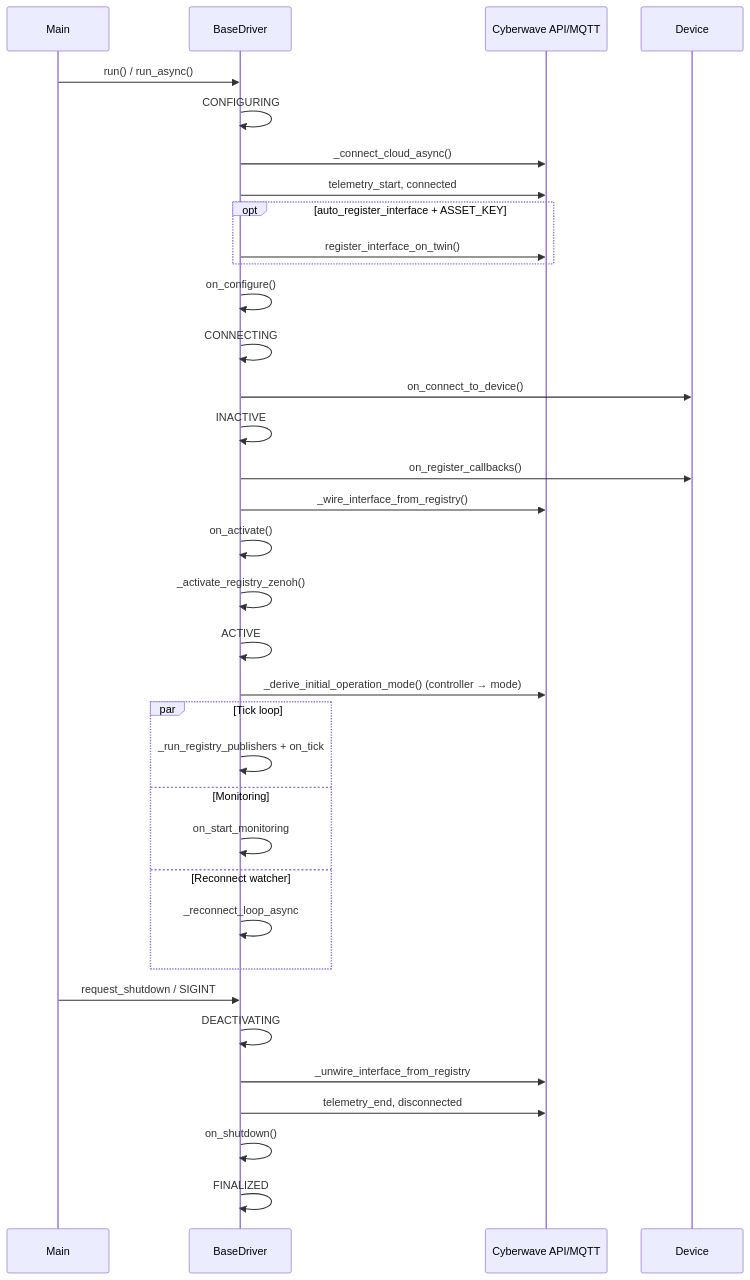
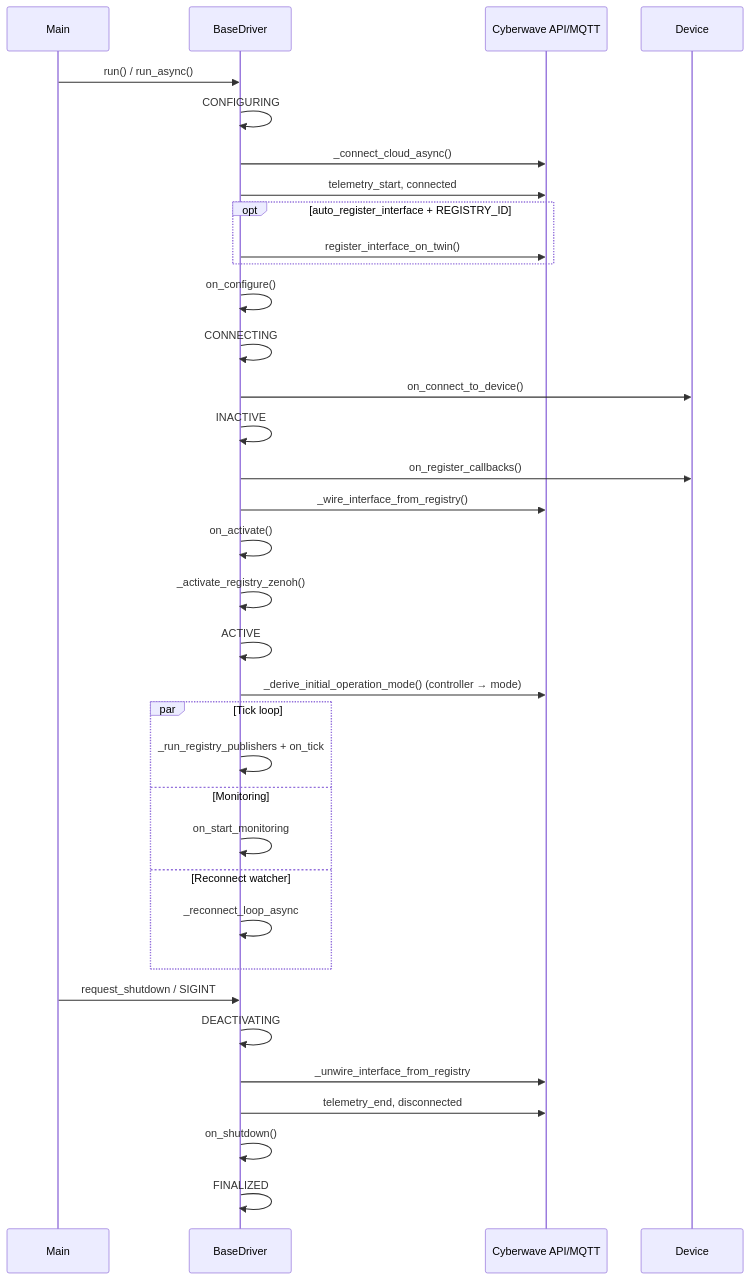
The diagram in feature-reference/edge/drivers/base-driver-class.mdx (cyberwave-os/docs-mintlify), drawn with Mermaid before and after one commit. The commit also changed other lines of this file and 367 other files, not shown here.

````diff
--- a/feature-reference/edge/drivers/base-driver-class.mdx
+++ b/feature-reference/edge/drivers/base-driver-class.mdx
@@ -122,38 +120,38 @@
 ```mermaid
 sequenceDiagram
   participant Main
   participant BaseDriver
   participant Cloud as Cyberwave API/MQTT
   participant Device
 
   Main->>BaseDriver: run() / run_async()
   BaseDriver->>BaseDriver: CONFIGURING
   BaseDriver->>Cloud: _connect_cloud_async()
   BaseDriver->>Cloud: telemetry_start, connected
-  opt auto_register_interface + ASSET_KEY
+  opt auto_register_interface + REGISTRY_ID
     BaseDriver->>Cloud: register_interface_on_twin()
   end
   BaseDriver->>BaseDriver: on_configure()
   BaseDriver->>BaseDriver: CONNECTING
   BaseDriver->>Device: on_connect_to_device()
   BaseDriver->>BaseDriver: INACTIVE
   BaseDriver->>Device: on_register_callbacks()
   BaseDriver->>Cloud: _wire_interface_from_registry()
   BaseDriver->>BaseDriver: on_activate()
   BaseDriver->>BaseDriver: _activate_registry_zenoh()
   BaseDriver->>BaseDriver: ACTIVE
   BaseDriver->>Cloud: _derive_initial_operation_mode() (controller → mode)
   par Tick loop
     BaseDriver->>BaseDriver: _run_registry_publishers + on_tick
   and Monitoring
     BaseDriver->>BaseDriver: on_start_monitoring
   and Reconnect watcher
     BaseDriver->>BaseDriver: _reconnect_loop_async
   end
   Main->>BaseDriver: request_shutdown / SIGINT
   BaseDriver->>BaseDriver: DEACTIVATING
   BaseDriver->>Cloud: _unwire_interface_from_registry
   BaseDriver->>Cloud: telemetry_end, disconnected
   BaseDriver->>BaseDriver: on_shutdown()
   BaseDriver->>BaseDriver: FINALIZED
 ```
````
